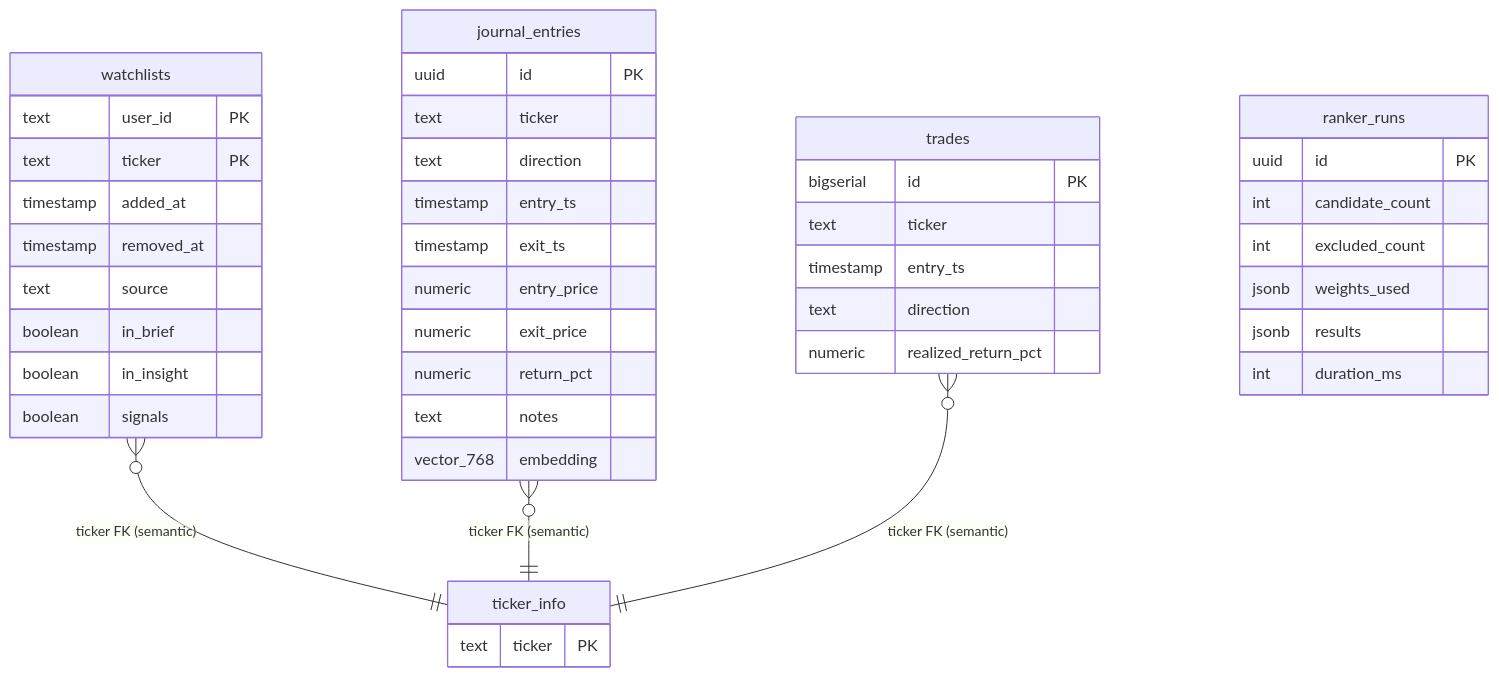
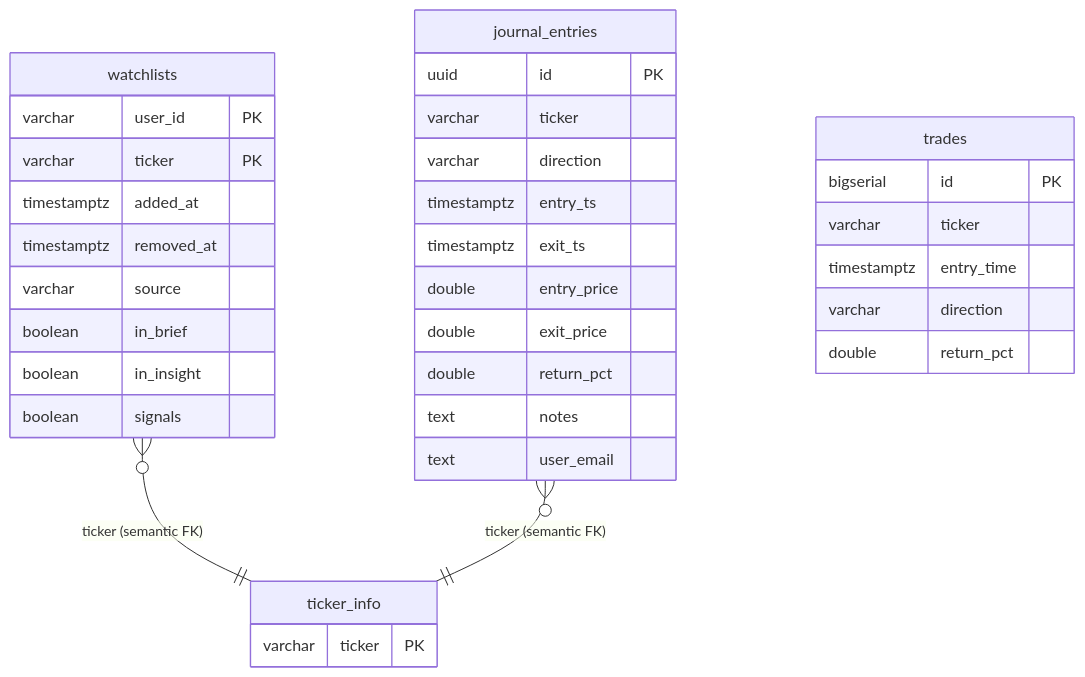
The tenth of 10 diagrams in ERD.md (TeneikaAskew/stocks), drawn with Mermaid before and after one commit. The commit also changed other lines of this file and 7 other files, not shown here.

First line of the commit message:
docs: refresh architecture & system docs to 2026-06-23 state

````diff
--- a/ERD.md
+++ b/ERD.md
@@ -646,46 +672,35 @@
 ```mermaid
 erDiagram
     watchlists {
-        text user_id PK
-        text ticker PK
-        timestamp added_at
-        timestamp removed_at
-        text source
+        varchar user_id PK
+        varchar ticker PK
+        timestamptz added_at
+        timestamptz removed_at
+        varchar source
         boolean in_brief
         boolean in_insight
         boolean signals
     }
     journal_entries {
         uuid id PK
-        text ticker
-        text direction
-        timestamp entry_ts
-        timestamp exit_ts
-        numeric entry_price
-        numeric exit_price
-        numeric return_pct
+        varchar ticker
+        varchar direction
+        timestamptz entry_ts
+        timestamptz exit_ts
+        double entry_price
+        double exit_price
+        double return_pct
         text notes
-        vector_768 embedding
+        text user_email
     }
     trades {
         bigserial id PK
-        text ticker
-        timestamp entry_ts
-        text direction
-        numeric realized_return_pct
+        varchar ticker
+        timestamptz entry_time
+        varchar direction
+        double return_pct
     }
-    ranker_runs {
-        uuid id PK
-        int candidate_count
-        int excluded_count
-        jsonb weights_used
-        jsonb results
-        int duration_ms
-    }
-    ticker_info {
-        text ticker PK
-    }
-    watchlists }o--|| ticker_info : "ticker FK (semantic)"
-    journal_entries }o--|| ticker_info : "ticker FK (semantic)"
-    trades }o--|| ticker_info : "ticker FK (semantic)"
+    ticker_info { varchar ticker PK }
+    watchlists }o--|| ticker_info : "ticker (semantic FK)"
+    journal_entries }o--|| ticker_info : "ticker (semantic FK)"
 ```
````
